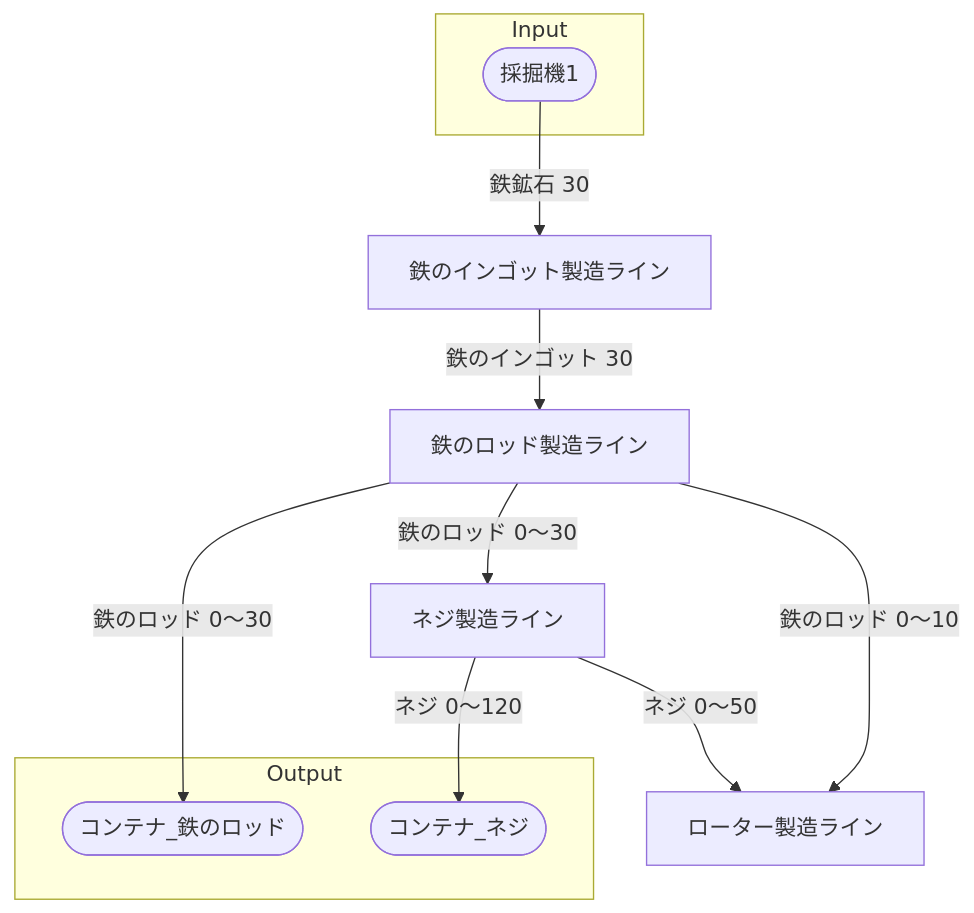
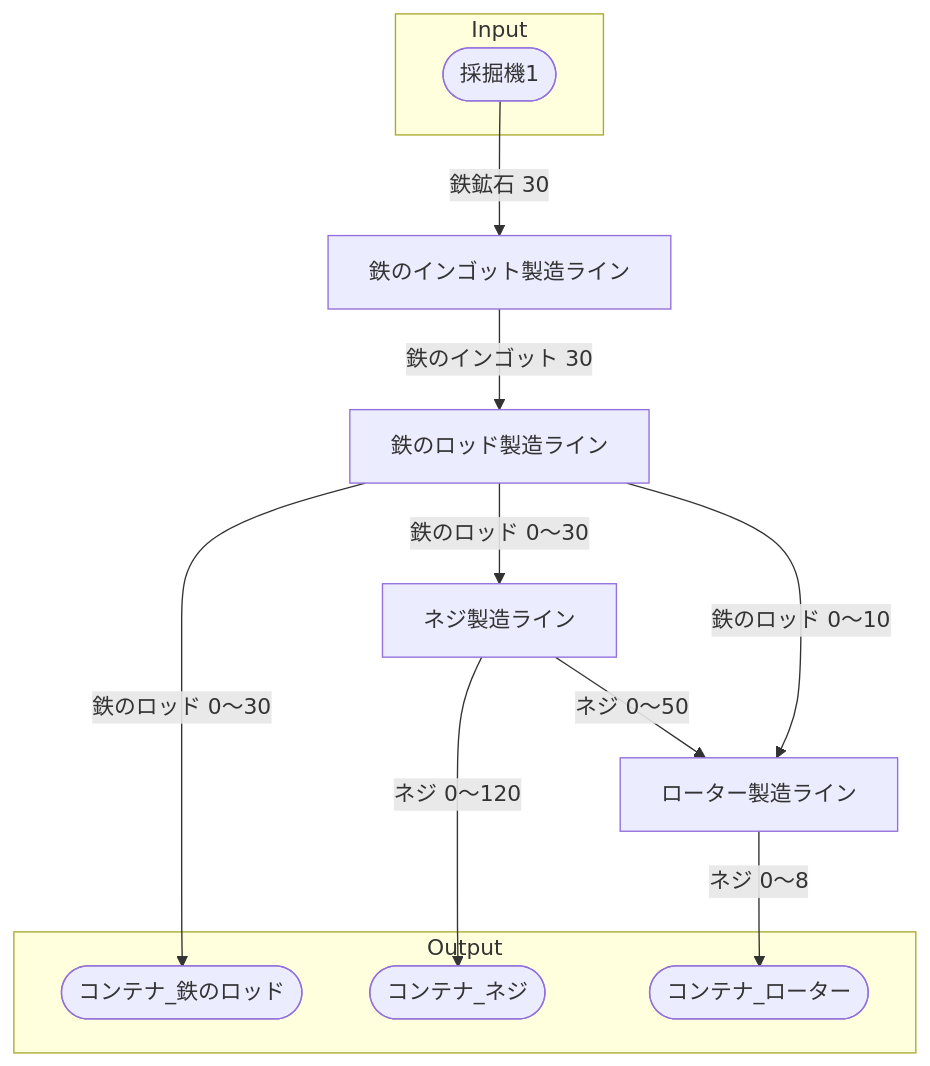
Before and after one commit to Suzuran-Amano/SatisfactoryTaskEfficiency: the diagram in 40_FactoryBuilding/初期一時鉄のロッド工場/30‗全体製造ライン設計書/全体製造ライン設計書.md, drawn with Mermaid.

Commit message:
誤記修正

````diff
--- a/40_FactoryBuilding/初期一時鉄のロッド工場/30‗全体製造ライン設計書/全体製造ライン設計書.md
+++ b/40_FactoryBuilding/初期一時鉄のロッド工場/30‗全体製造ライン設計書/全体製造ライン設計書.md
@@ -40,28 +40,30 @@
 ```mermaid
 flowchart TD
 
 subgraph Input
     採掘機1([採掘機1])
 end
 
 鉄のインゴット製造ライン[鉄のインゴット製造ライン]
 鉄のロッド製造ライン[鉄のロッド製造ライン]
 ネジ製造ライン[ネジ製造ライン]
 ローター製造ライン[ローター製造ライン]
 
 subgraph Output
     コンテナ_鉄のロッド([コンテナ_鉄のロッド])
     コンテナ_ネジ([コンテナ_ネジ])
+    コンテナ_ローター([コンテナ_ローター])
 end
 
 
 採掘機1-->|鉄鉱石 30|鉄のインゴット製造ライン
 鉄のインゴット製造ライン-->|鉄のインゴット 30|鉄のロッド製造ライン
 鉄のロッド製造ライン-->|鉄のロッド 0～30|コンテナ_鉄のロッド
 鉄のロッド製造ライン-->|鉄のロッド 0～30|ネジ製造ライン
 ネジ製造ライン-->|ネジ 0～50|ローター製造ライン
 鉄のロッド製造ライン-->|鉄のロッド 0～10|ローター製造ライン
 ネジ製造ライン-->|ネジ 0～120|コンテナ_ネジ
+ローター製造ライン-->|ネジ 0～8|コンテナ_ローター
 
 
 ```
````
